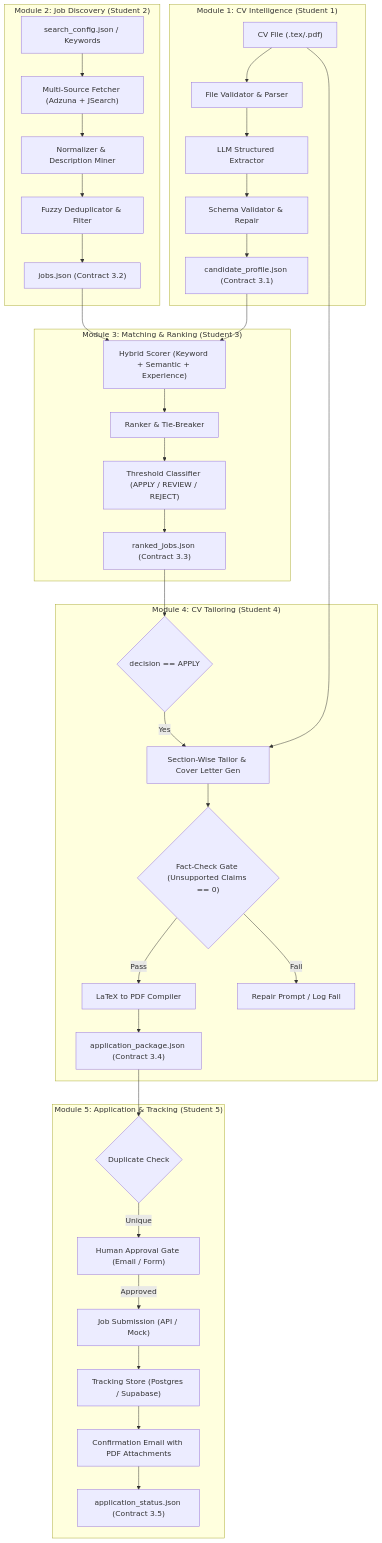
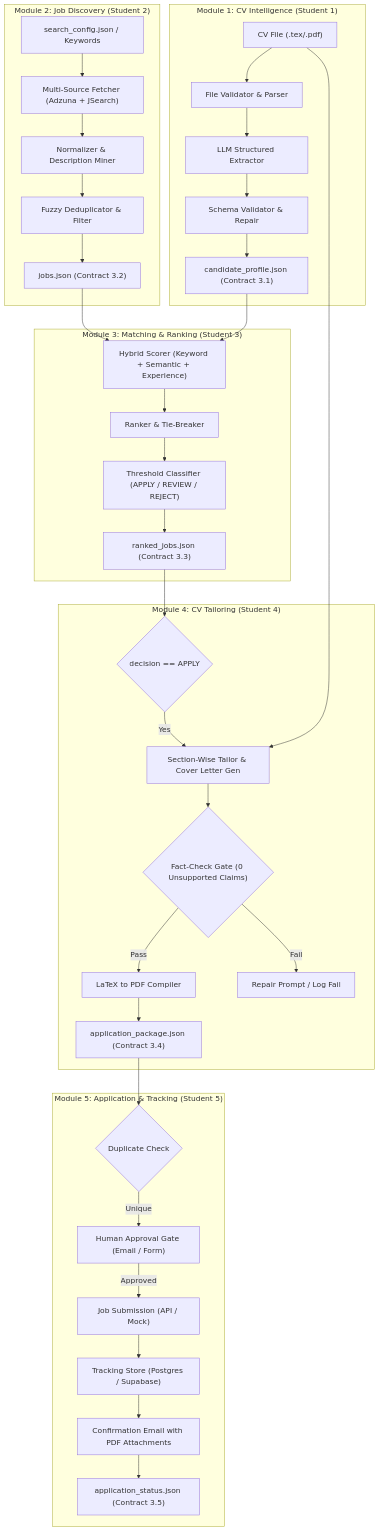
The diagram in Architecture/system_diagram.mermaid (zeyad866/Melissa), drawn with Mermaid before and after one commit. The commit also changed 5 other files, not shown here.

Commit message:
fix(docs): quote Mermaid edge and node labels for GitHub compatibility

```diff
--- a/Architecture/system_diagram.mermaid
+++ b/Architecture/system_diagram.mermaid
@@ -1,41 +1,41 @@
 flowchart TD
     subgraph M1_Box["Module 1: CV Intelligence (Student 1)"]
         CV_In["CV File (.tex/.pdf)"] --> Parse["File Validator & Parser"]
         Parse --> LLM_Ext["LLM Structured Extractor"]
         LLM_Ext --> Val_1["Schema Validator & Repair"]
         Val_1 --> Prof_Out["candidate_profile.json (Contract 3.1)"]
     end
 
     subgraph M2_Box["Module 2: Job Discovery (Student 2)"]
         Search_In["search_config.json / Keywords"] --> Fetch["Multi-Source Fetcher (Adzuna + JSearch)"]
         Fetch --> Norm["Normalizer & Description Miner"]
         Norm --> Dedup["Fuzzy Deduplicator & Filter"]
         Dedup --> Jobs_Out["jobs.json (Contract 3.2)"]
     end
 
     subgraph M3_Box["Module 3: Matching & Ranking (Student 3)"]
         Prof_Out --> Match_Eng["Hybrid Scorer (Keyword + Semantic + Experience)"]
         Jobs_Out --> Match_Eng
         Match_Eng --> Rank["Ranker & Tie-Breaker"]
         Rank --> Classify["Threshold Classifier (APPLY / REVIEW / REJECT)"]
         Classify --> Ranked_Out["ranked_jobs.json (Contract 3.3)"]
     end
 
     subgraph M4_Box["Module 4: CV Tailoring (Student 4)"]
         Ranked_Out --> Filter_Apply{"decision == APPLY"}
-        Filter_Apply -- Yes --> Tailor["Section-Wise Tailor & Cover Letter Gen"]
+        Filter_Apply -- "Yes" --> Tailor["Section-Wise Tailor & Cover Letter Gen"]
         CV_In --> Tailor
-        Tailor --> FactCheck{"Fact-Check Gate (Unsupported Claims == 0)"}
-        FactCheck -- Pass --> Compile["LaTeX to PDF Compiler"]
-        FactCheck -- Fail --> Retry["Repair Prompt / Log Fail"]
+        Tailor --> FactCheck{"Fact-Check Gate (0 Unsupported Claims)"}
+        FactCheck -- "Pass" --> Compile["LaTeX to PDF Compiler"]
+        FactCheck -- "Fail" --> Retry["Repair Prompt / Log Fail"]
         Compile --> Pkg_Out["application_package.json (Contract 3.4)"]
     end
 
     subgraph M5_Box["Module 5: Application & Tracking (Student 5)"]
         Pkg_Out --> Dedup_Check{"Duplicate Check"}
-        Dedup_Check -- Unique --> Approval["Human Approval Gate (Email / Form)"]
-        Approval -- Approved --> Submit["Job Submission (API / Mock)"]
+        Dedup_Check -- "Unique" --> Approval["Human Approval Gate (Email / Form)"]
+        Approval -- "Approved" --> Submit["Job Submission (API / Mock)"]
         Submit --> Persist["Tracking Store (Postgres / Supabase)"]
         Persist --> Notify["Confirmation Email with PDF Attachments"]
         Notify --> Status_Out["application_status.json (Contract 3.5)"]
     end
```
